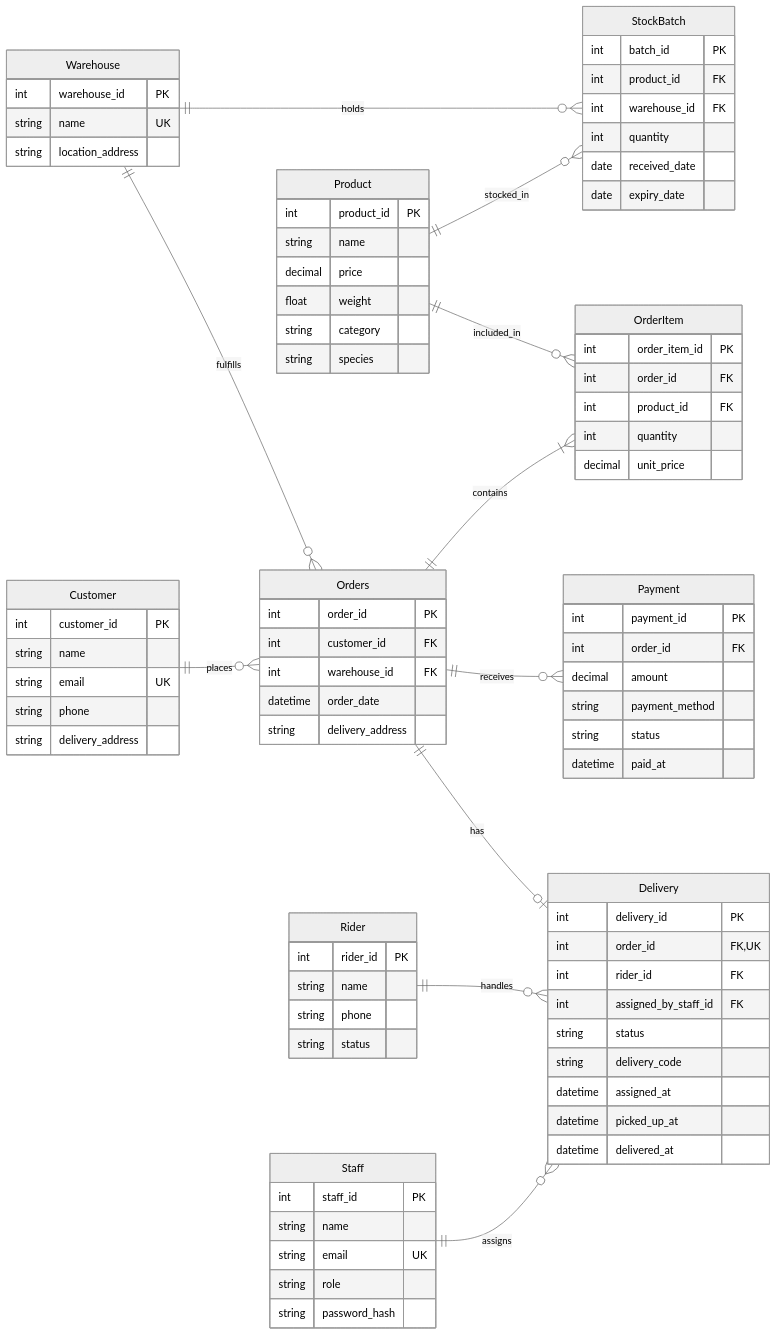
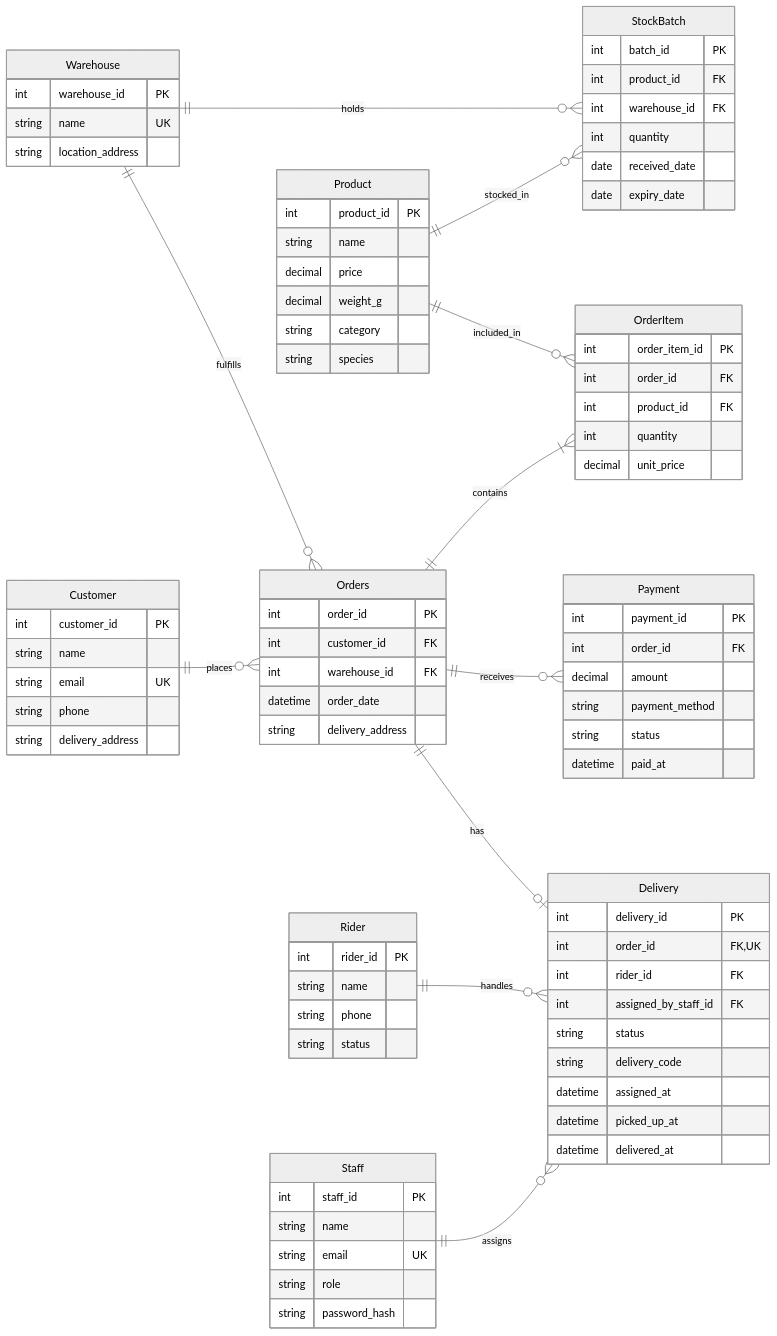
The diagram in portfolio-1-database-design/Nwachokor_Onyeka_301928256_P1_ERDiagram.md (nwachokor/Nwachokor_Onyeka_301928256), drawn with Mermaid (neutral theme) before and after one commit. The commit also changed other lines of this file and 14 other files, not shown here.

```diff
--- a/portfolio-1-database-design/Nwachokor_Onyeka_301928256_P1_ERDiagram.md
+++ b/portfolio-1-database-design/Nwachokor_Onyeka_301928256_P1_ERDiagram.md
@@ -21,7 +21,7 @@
         int product_id PK
         string name
         decimal price
-        float weight
+        decimal weight_g
         string category
         string species
     }
```
